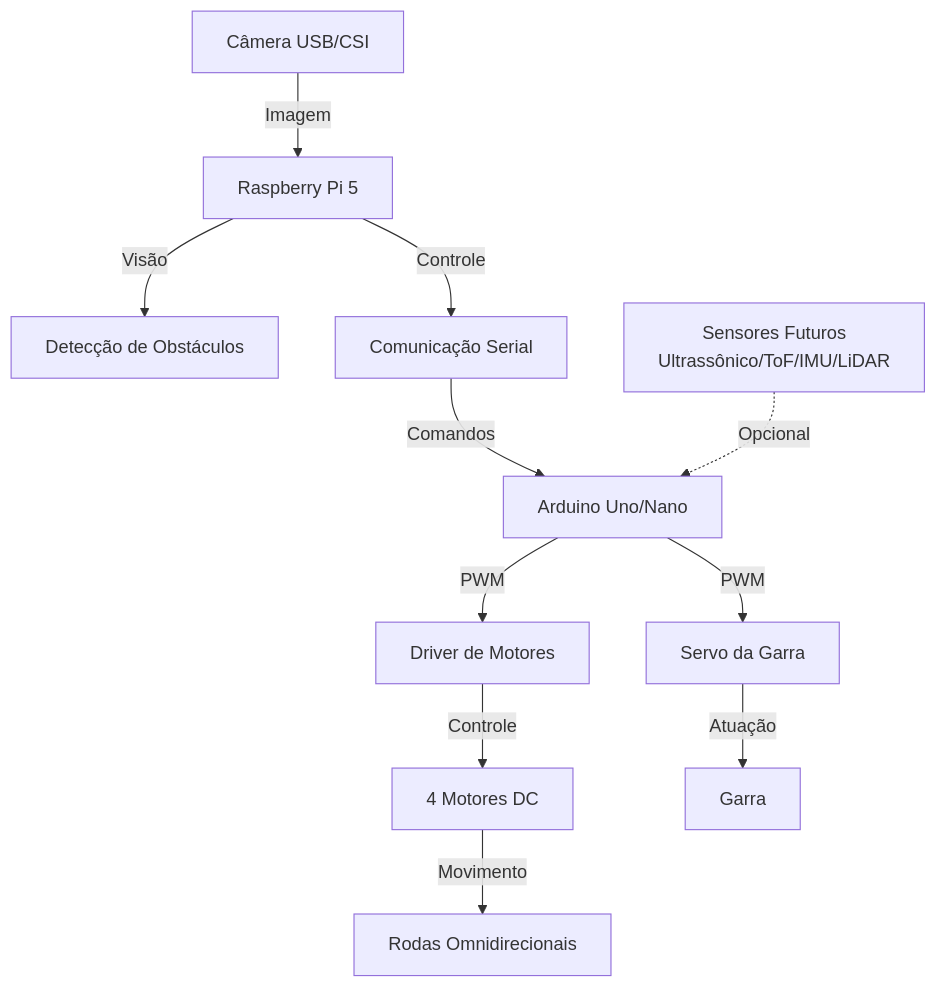
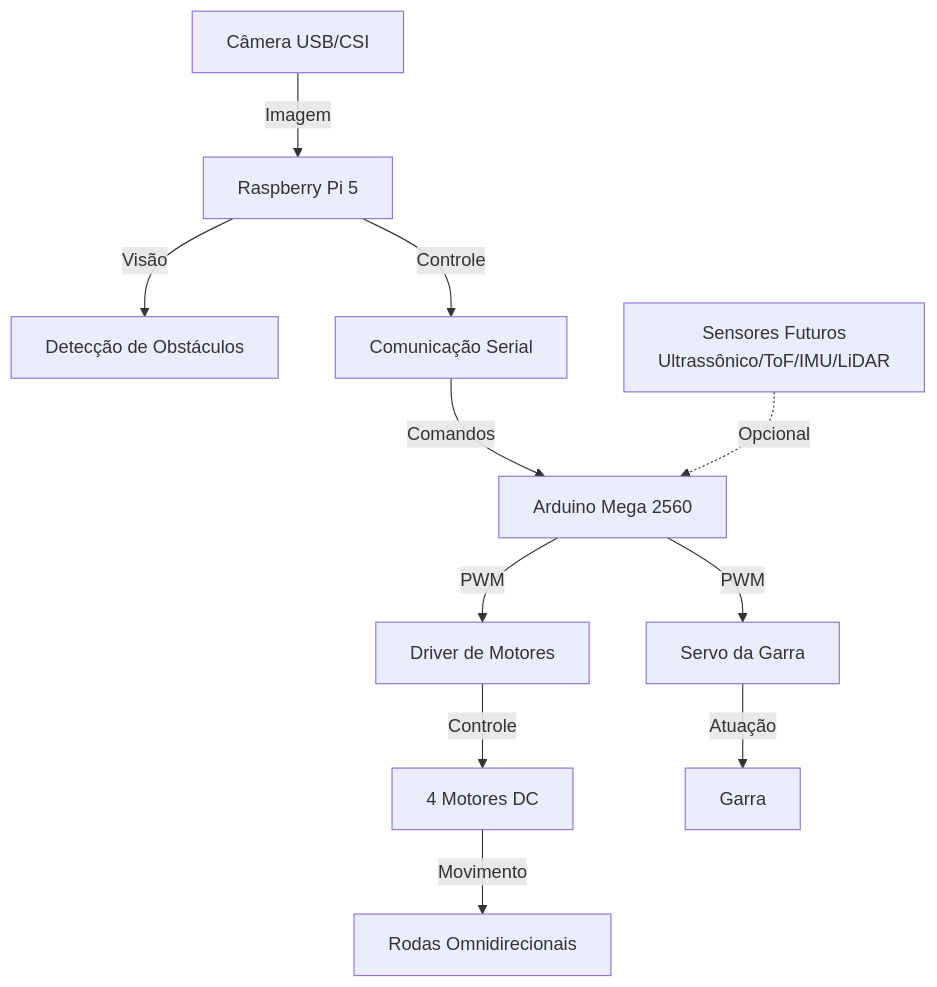
The first of 2 diagrams in HARDWARE.md (danielbraga78/obr-2026-robot), drawn with Mermaid before and after one commit. The commit also changed other lines of this file and 8 other files, not shown here.

````diff
--- a/HARDWARE.md
+++ b/HARDWARE.md
@@ -756,14 +787,14 @@
 ```mermaid
 graph TD
     A["Câmera USB/CSI"] -->|Imagem| B["Raspberry Pi 5"]
     B -->|Visão| C["Detecção de Obstáculos"]
     B -->|Controle| D["Comunicação Serial"]
-    D -->|Comandos| E["Arduino Uno/Nano"]
+    D -->|Comandos| E["Arduino Mega 2560"]
     E -->|PWM| F["Driver de Motores"]
     F -->|Controle| G["4 Motores DC"]
     E -->|PWM| H["Servo da Garra"]
     G -->|Movimento| I["Rodas Omnidirecionais"]
     H -->|Atuação| J["Garra"]
     
     K["Sensores Futuros<br/>Ultrassônico/ToF/IMU/LiDAR"] -.->|Opcional| E
 ```
````
